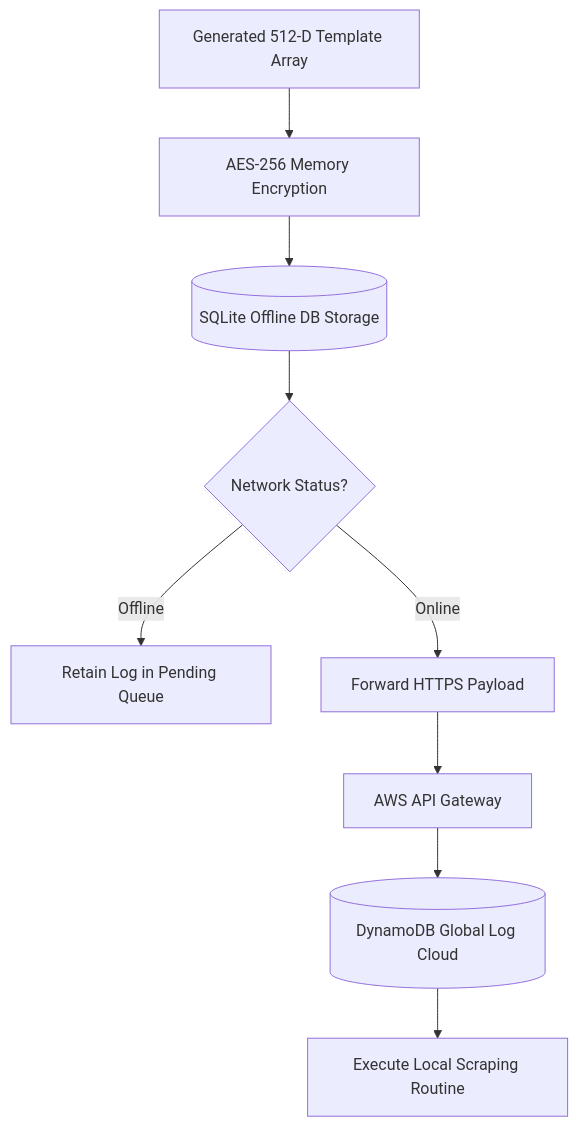
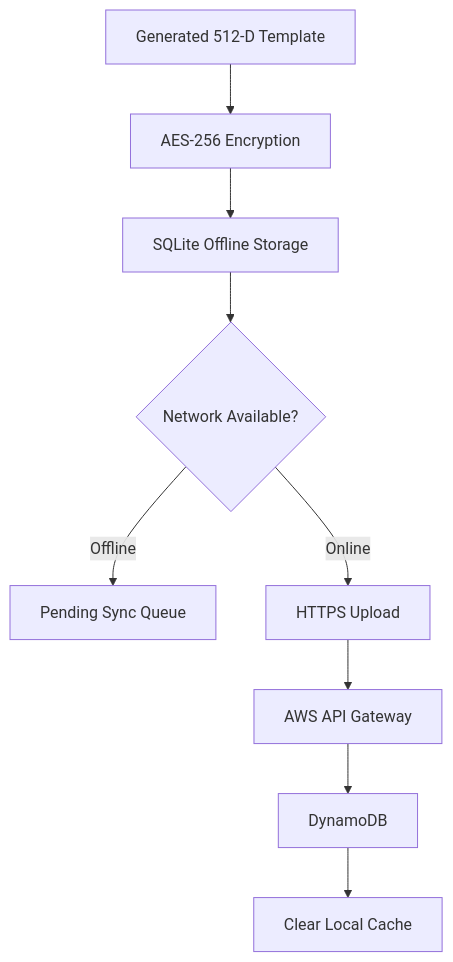
One commit to anjali9in/Netraksh-AI changed the third of 3 diagrams in docs/ARCHITECTURE.md. Above: the diagram before and after it, drawn with Mermaid. The commit also changed other lines of this file, not shown here.

````diff
--- a/docs/ARCHITECTURE.md
+++ b/docs/ARCHITECTURE.md
@@ -166,11 +350,21 @@
 ```mermaid
 flowchart TD
-    A[Generated 512-D Template Array] --> B[AES-256 Memory Encryption]
-    B --> C[(SQLite Offline DB Storage)]
-    C --> D{Network Status?}
-    D -- Offline --> E[Retain Log in Pending Queue]
-    D -- Online --> F[Forward HTTPS Payload]
-    F --> G[AWS API Gateway]
-    G --> H[(DynamoDB Global Log Cloud)]
-    H --> I[Execute Local Scraping Routine]
+    A["Generated 512-D Template"]
+    B["AES-256 Encryption"]
+    C["SQLite Offline Storage"]
+    D{"Network Available?"}
+    E["Pending Sync Queue"]
+    F["HTTPS Upload"]
+    G["AWS API Gateway"]
+    H["DynamoDB"]
+    I["Clear Local Cache"]
+
+    A --> B
+    B --> C
+    C --> D
+    D -- Offline --> E
+    D -- Online --> F
+    F --> G
+    G --> H
+    H --> I
 ```
````
